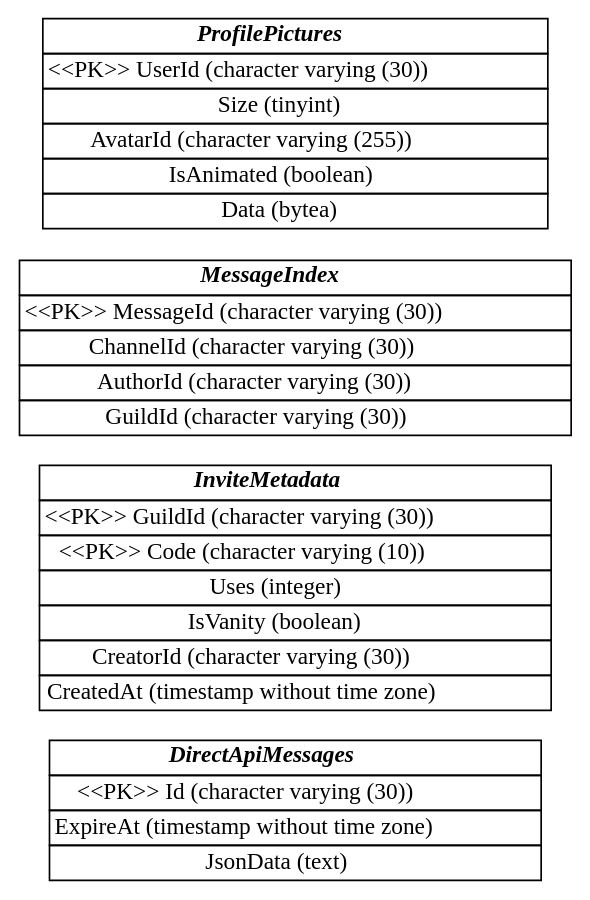
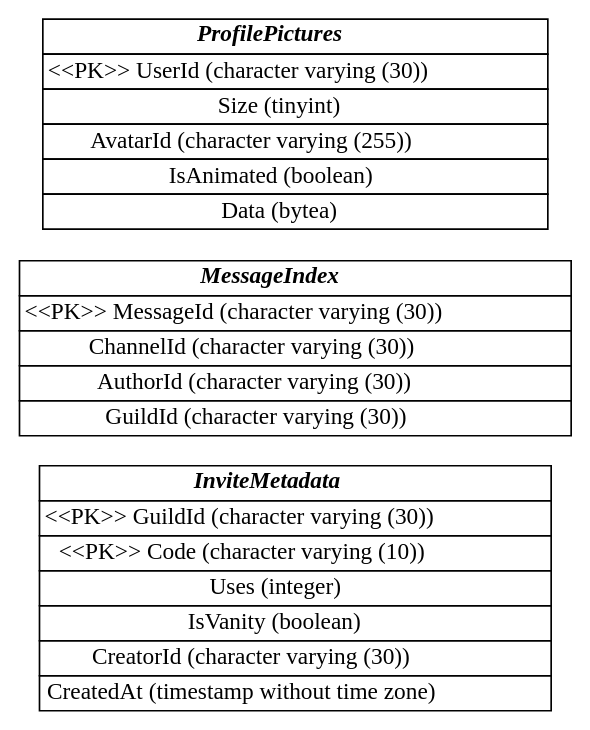
Before and after one commit to GrillBot/grillbot-docs: the diagram in data/cache.dot, drawn with Graphviz. The commit also changed 2 other files, not shown here.

Commit message:
Updated graphs

```diff
--- a/data/cache.dot
+++ b/data/cache.dot
@@ -1,82 +1,67 @@
 digraph ER {
     rankdir=LR
     node[shape=plain]
-    
-    DirectApiMessages [label=<
-        <table border="0" cellborder="1" cellspacing="0">
-            <tr><td><i><b>DirectApiMessages</b></i></td></tr>
-            <tr>
-                <td port="Id">&lt;&lt;PK&gt;&gt; Id (character varying (30))</td>
-            </tr>
-            <tr>
-                <td port="ExpireAt">ExpireAt (timestamp without time zone)</td>
-            </tr>
-            <tr>
-                <td port="JsonData">JsonData (text)</td>
-            </tr>
-        </table>
-    >];
     
     InviteMetadata [label=<
         <table border="0" cellborder="1" cellspacing="0">
             <tr><td><i><b>InviteMetadata</b></i></td></tr>
             <tr>
                 <td port="GuildId">&lt;&lt;PK&gt;&gt; GuildId (character varying (30))</td>
             </tr>
             <tr>
                 <td port="Code">&lt;&lt;PK&gt;&gt; Code (character varying (10))</td>
             </tr>
             <tr>
                 <td port="Uses">Uses (integer)</td>
             </tr>
             <tr>
                 <td port="IsVanity">IsVanity (boolean)</td>
             </tr>
             <tr>
                 <td port="CreatorId">CreatorId (character varying (30))</td>
             </tr>
             <tr>
                 <td port="CreatedAt">CreatedAt (timestamp without time zone)</td>
             </tr>
         </table>
     >];
     
     MessageIndex [label=<
         <table border="0" cellborder="1" cellspacing="0">
             <tr><td><i><b>MessageIndex</b></i></td></tr>
             <tr>
                 <td port="MessageId">&lt;&lt;PK&gt;&gt; MessageId (character varying (30))</td>
             </tr>
             <tr>
                 <td port="ChannelId">ChannelId (character varying (30))</td>
             </tr>
             <tr>
                 <td port="AuthorId">AuthorId (character varying (30))</td>
             </tr>
             <tr>
                 <td port="GuildId">GuildId (character varying (30))</td>
             </tr>
         </table>
     >];
     
     ProfilePictures [label=<
         <table border="0" cellborder="1" cellspacing="0">
             <tr><td><i><b>ProfilePictures</b></i></td></tr>
             <tr>
                 <td port="UserId">&lt;&lt;PK&gt;&gt; UserId (character varying (30))</td>
             </tr>
             <tr>
                 <td port="Size">Size (tinyint)</td>
             </tr>
             <tr>
                 <td port="AvatarId">AvatarId (character varying (255))</td>
             </tr>
             <tr>
                 <td port="IsAnimated">IsAnimated (boolean)</td>
             </tr>
             <tr>
                 <td port="Data">Data (bytea)</td>
             </tr>
         </table>
     >];
 }
```
